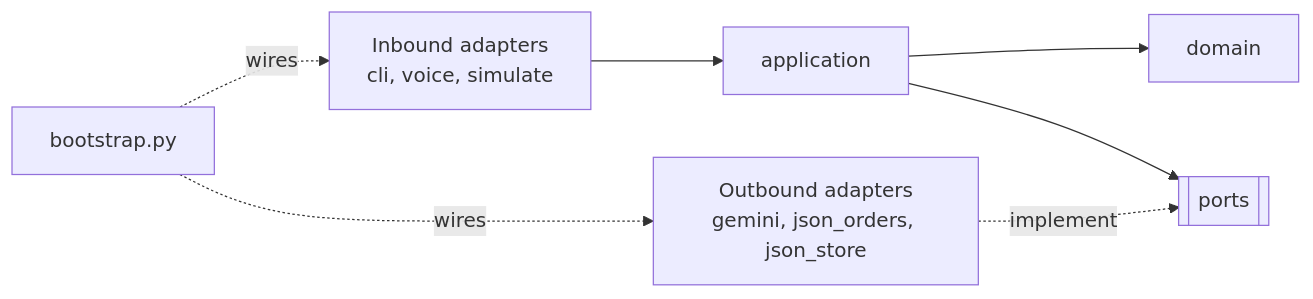
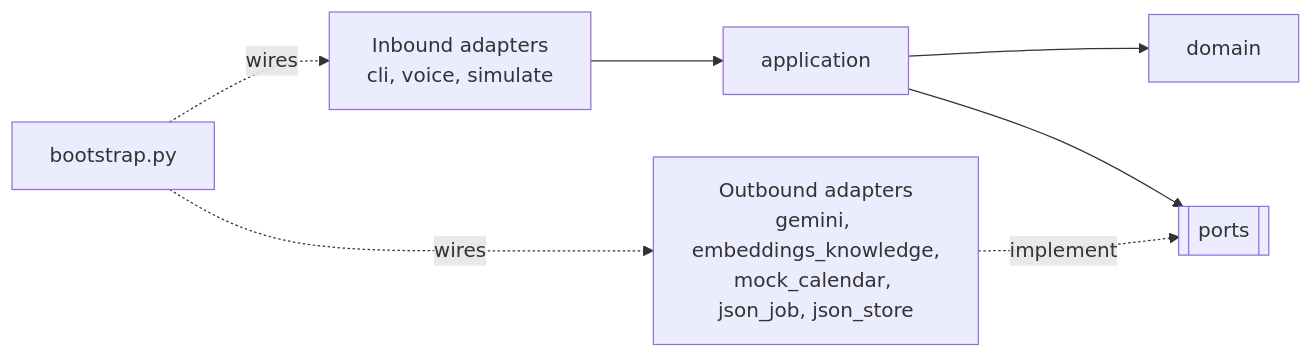
One commit to aesbetancourt/voice-support-agent changed the fourth of 4 diagrams in docs/how-it-works.md. Above: the diagram before and after it, drawn with Mermaid. The commit also changed other lines of this file and 63 other files, not shown here.

````diff
--- a/docs/how-it-works.md
+++ b/docs/how-it-works.md
@@ -224,8 +324,8 @@
 ```mermaid
 flowchart LR
     IN[Inbound adapters<br/>cli, voice, simulate] --> APP[application]
     APP --> DOM[domain]
-    OUT[Outbound adapters<br/>gemini, json_orders, json_store] -. implement .-> PORTS[[ports]]
+    OUT[Outbound adapters<br/>gemini, embeddings_knowledge,<br/>mock_calendar, json_job, json_store] -. implement .-> PORTS[[ports]]
     APP --> PORTS
     BOOT[bootstrap.py] -. wires .-> IN & OUT
 ```
````
